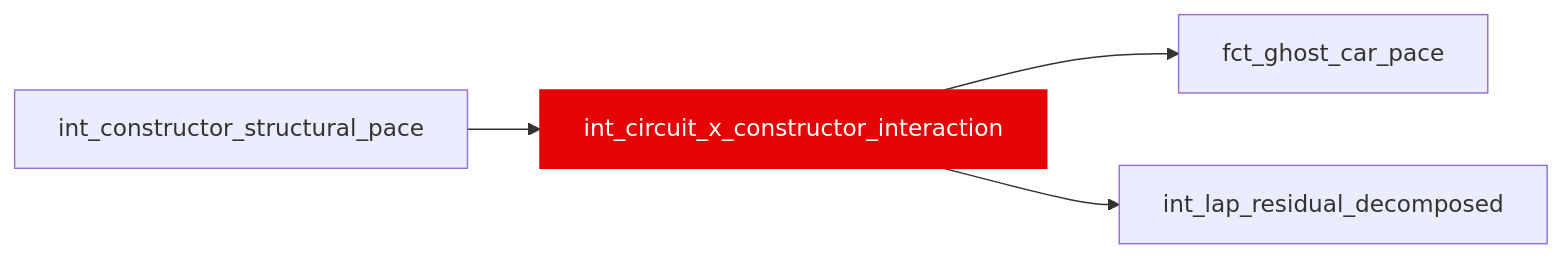
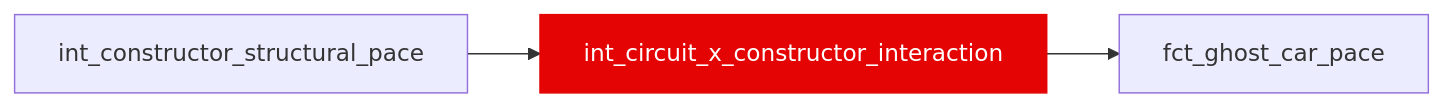
One commit to JustinClarke/off-the-pace changed the diagram in docs/reference/models/int/int_circuit_x_constructor_interaction.mdx. Above: the diagram before and after it, drawn with Mermaid. The commit also changed 79 other files, not shown here.

````diff
--- a/docs/reference/models/int/int_circuit_x_constructor_interaction.mdx
+++ b/docs/reference/models/int/int_circuit_x_constructor_interaction.mdx
@@ -15,7 +15,6 @@
 ```mermaid
 flowchart LR
   int_constructor_structural_pace --> int_circuit_x_constructor_interaction
   int_circuit_x_constructor_interaction --> fct_ghost_car_pace
-  int_circuit_x_constructor_interaction --> int_lap_residual_decomposed
   style int_circuit_x_constructor_interaction fill:#e40404,stroke:#e40404,color:#fff
 ```
````
